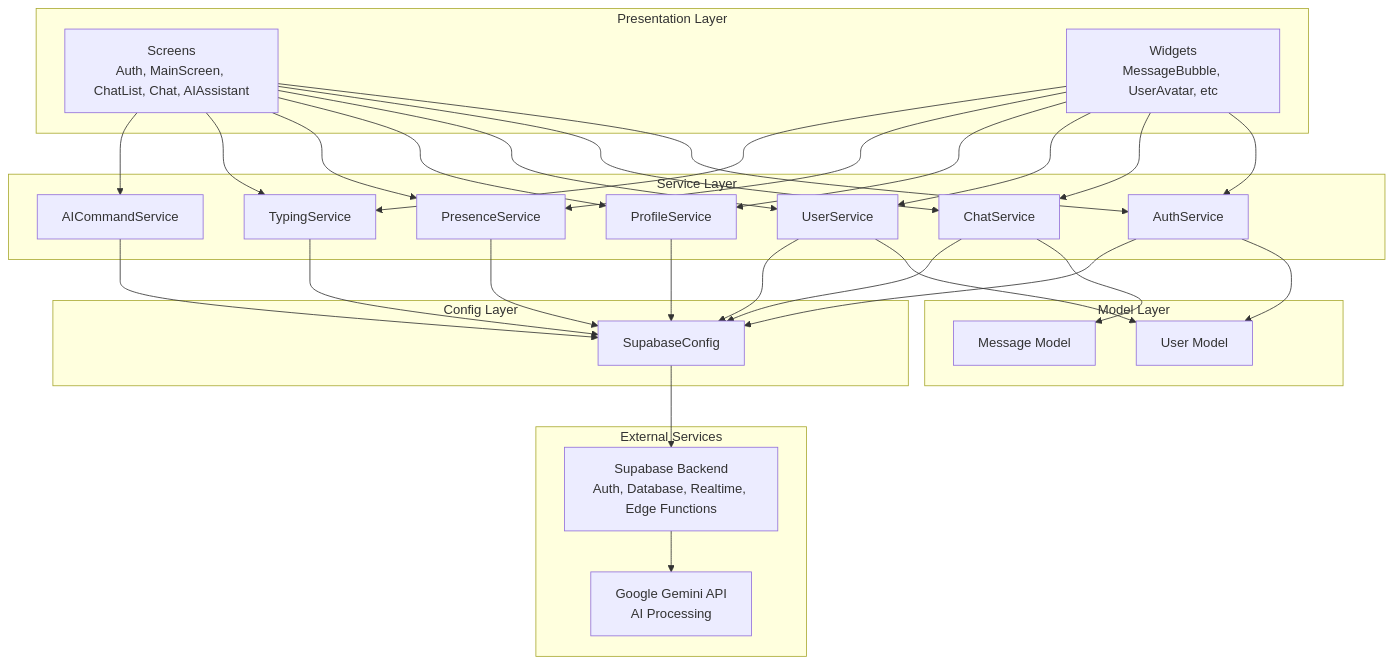
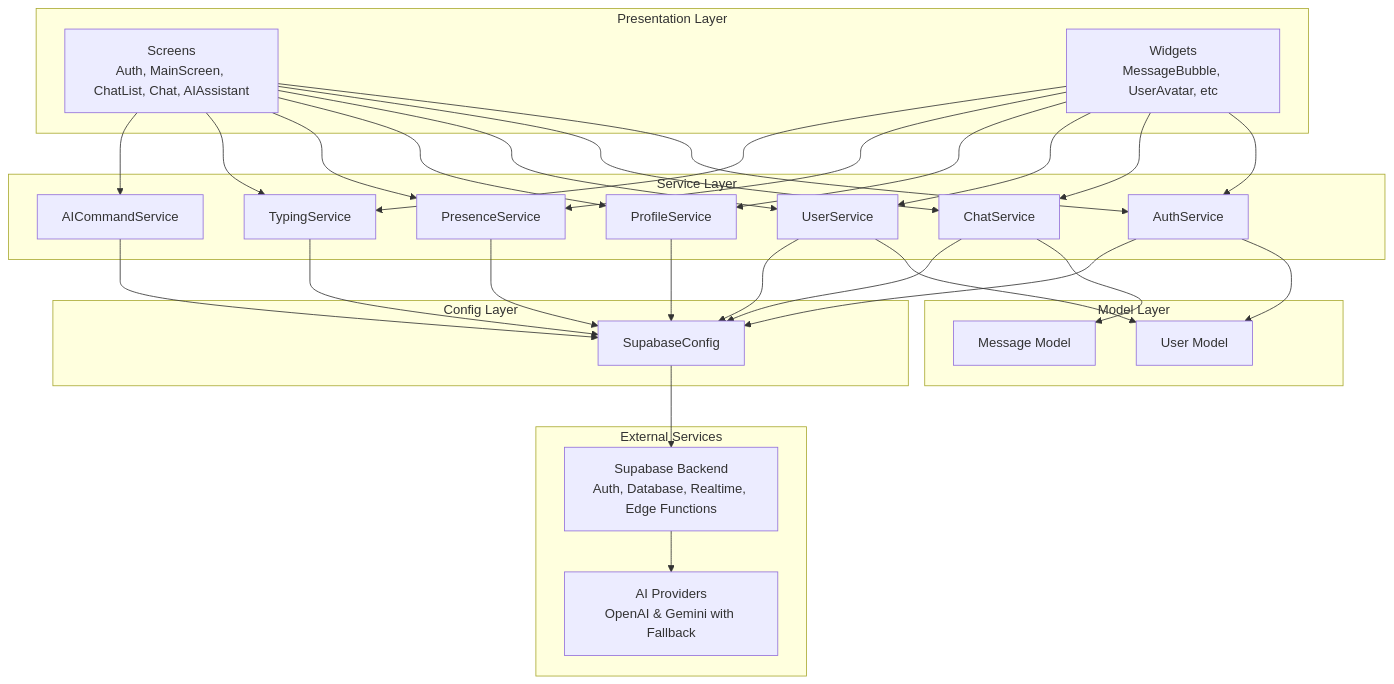
Before and after one commit to shoebsmk/Flutter-chat-claude: the second of 10 diagrams in chat_app/ARCHITECTURE.md, drawn with Mermaid. The commit also changed other lines of this file and 3 other files, not shown here.

````diff
--- a/chat_app/ARCHITECTURE.md
+++ b/chat_app/ARCHITECTURE.md
@@ -72,60 +72,60 @@
 ```mermaid
 graph TD
     subgraph "Presentation Layer"
         Screens[Screens<br/>Auth, MainScreen, ChatList, Chat, AIAssistant]
         Widgets[Widgets<br/>MessageBubble, UserAvatar, etc]
     end
     
     subgraph "Service Layer"
         AuthService[AuthService]
         ChatService[ChatService]
         UserService[UserService]
         ProfileService[ProfileService]
         PresenceService[PresenceService]
         TypingService[TypingService]
         AICommandService[AICommandService]
     end
     
     subgraph "Model Layer"
         UserModel[User Model]
         MessageModel[Message Model]
     end
     
     subgraph "Config Layer"
         SupabaseConfig[SupabaseConfig]
     end
     
     subgraph "External Services"
         SupabaseBackend[Supabase Backend<br/>Auth, Database, Realtime, Edge Functions]
-        GeminiAPI[Google Gemini API<br/>AI Processing]
+        AIProviders[AI Providers<br/>OpenAI & Gemini with Fallback]
     end
     
     Screens --> AuthService
     Screens --> ChatService
     Screens --> UserService
     Screens --> ProfileService
     Screens --> PresenceService
     Screens --> TypingService
     Screens --> AICommandService
     Widgets --> AuthService
     Widgets --> ChatService
     Widgets --> UserService
     Widgets --> ProfileService
     Widgets --> PresenceService
     Widgets --> TypingService
     
     AuthService --> UserModel
     ChatService --> MessageModel
     UserService --> UserModel
     
     AuthService --> SupabaseConfig
     ChatService --> SupabaseConfig
     UserService --> SupabaseConfig
     ProfileService --> SupabaseConfig
     PresenceService --> SupabaseConfig
     TypingService --> SupabaseConfig
     AICommandService --> SupabaseConfig
     
     SupabaseConfig --> SupabaseBackend
-    SupabaseBackend --> GeminiAPI
+    SupabaseBackend --> AIProviders
 ```
````
